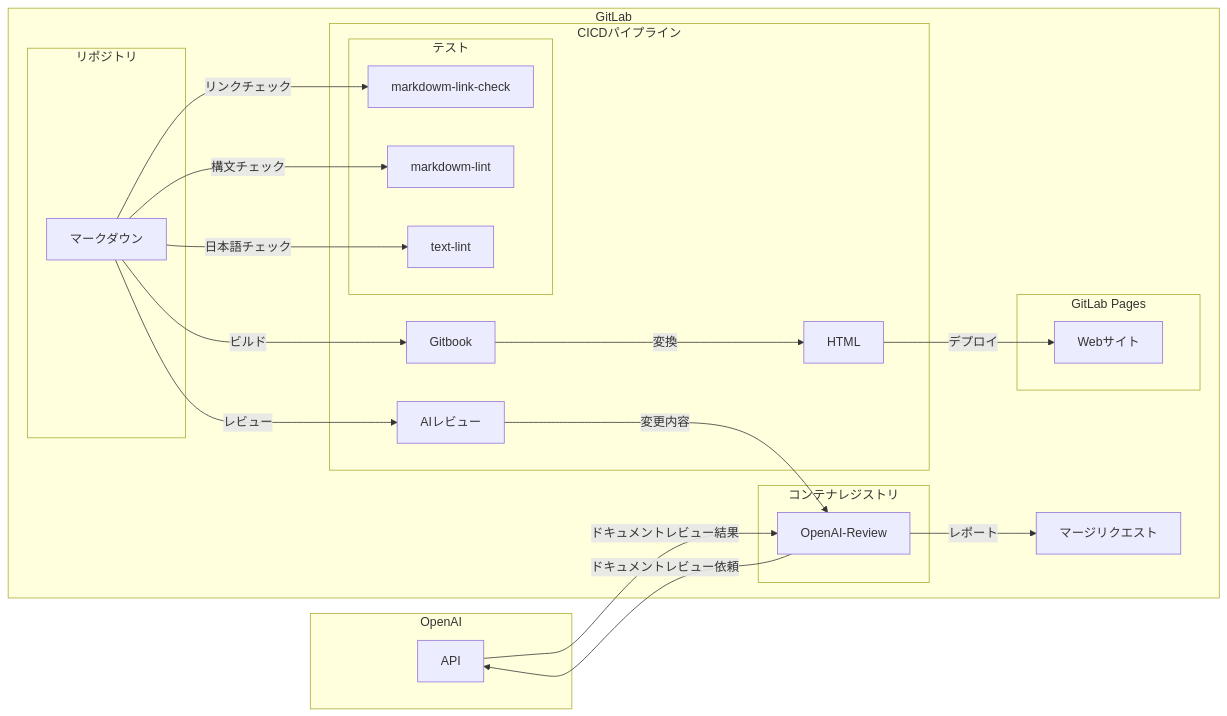
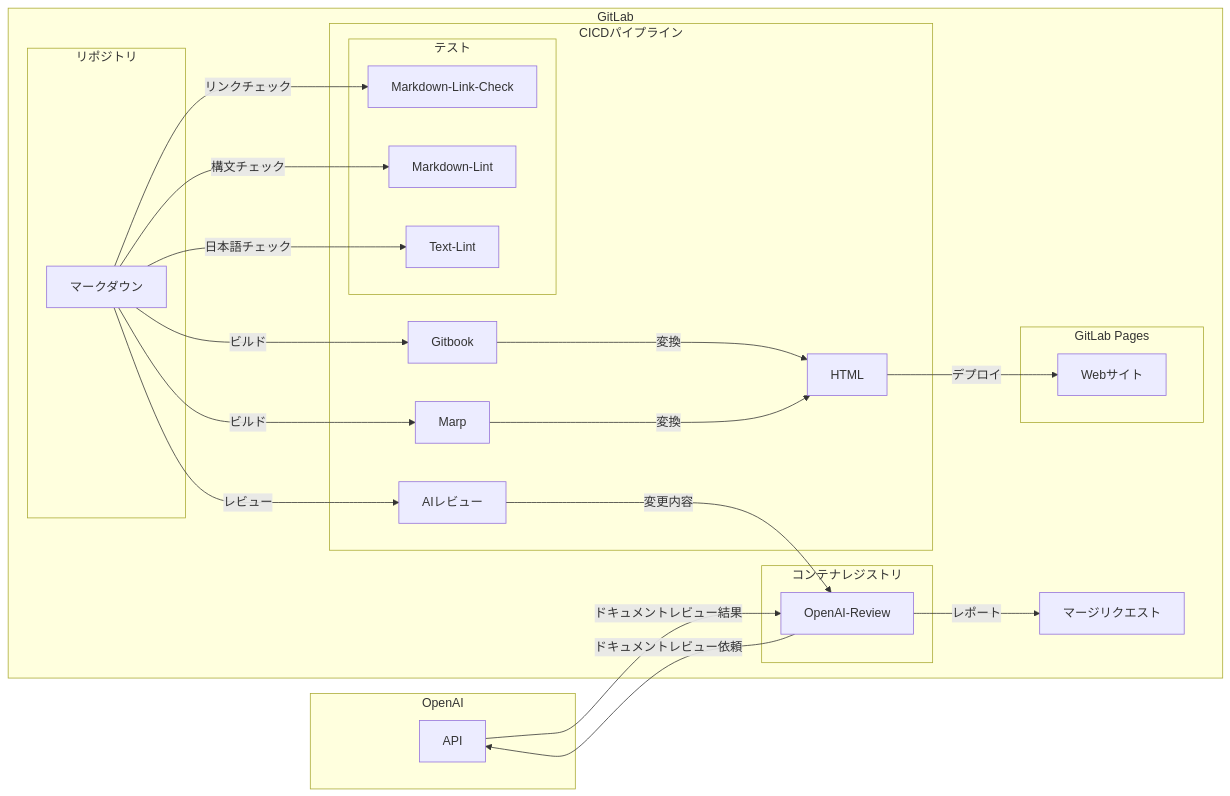
Before and after one commit to gongyong/docs: the first of 2 diagrams in README.md, drawn with Mermaid.

Commit message:
Marp追加

````diff
--- a/README.md
+++ b/README.md
@@ -18,39 +18,42 @@
 ```mermaid
 graph LR
 subgraph OpenAI
     API
 end
 subgraph GitLab
     subgraph リポジトリ
         マークダウン
     end
     subgraph CICDパイプライン
         subgraph テスト
-            markdowm-link-check
-            markdowm-lint
-            text-lint
+            Markdown-Link-Check
+            Markdown-Lint
+            Text-Lint
         end
         AIレビュー
         Gitbook
+        Marp
         HTML
     end
     subgraph コンテナレジストリ
         OpenAI-Review
     end
     subgraph GitLab Pages
         Webサイト
     end
     マージリクエスト
-    マークダウン--リンクチェック-->markdowm-link-check
-    マークダウン--構文チェック-->markdowm-lint
-    マークダウン--日本語チェック-->text-lint
+    マークダウン--リンクチェック-->Markdown-Link-Check
+    マークダウン--構文チェック-->Markdown-Lint
+    マークダウン--日本語チェック-->Text-Lint
     マークダウン--レビュー-->AIレビュー
     AIレビュー--変更内容-->OpenAI-Review
     OpenAI-Review--ドキュメントレビュー依頼-->API
     API--ドキュメントレビュー結果-->OpenAI-Review
     OpenAI-Review--レポート-->マージリクエスト
     マークダウン--ビルド-->Gitbook
+    マークダウン--ビルド-->Marp
     Gitbook--変換-->HTML
+    Marp--変換-->HTML
     HTML--デプロイ-->Webサイト
 end
 ```
````
